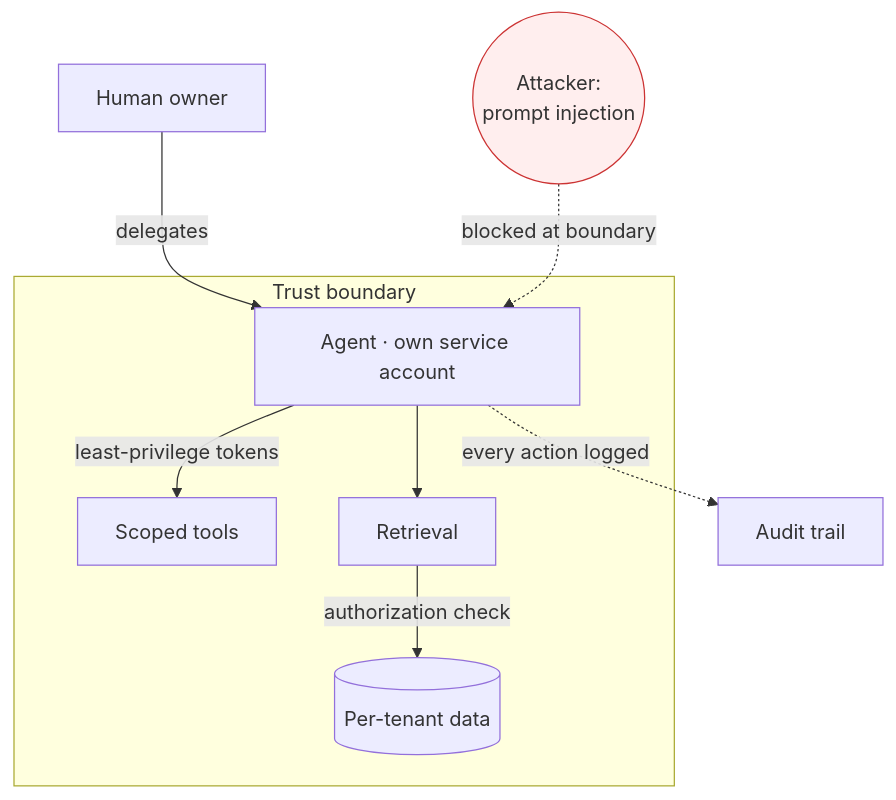
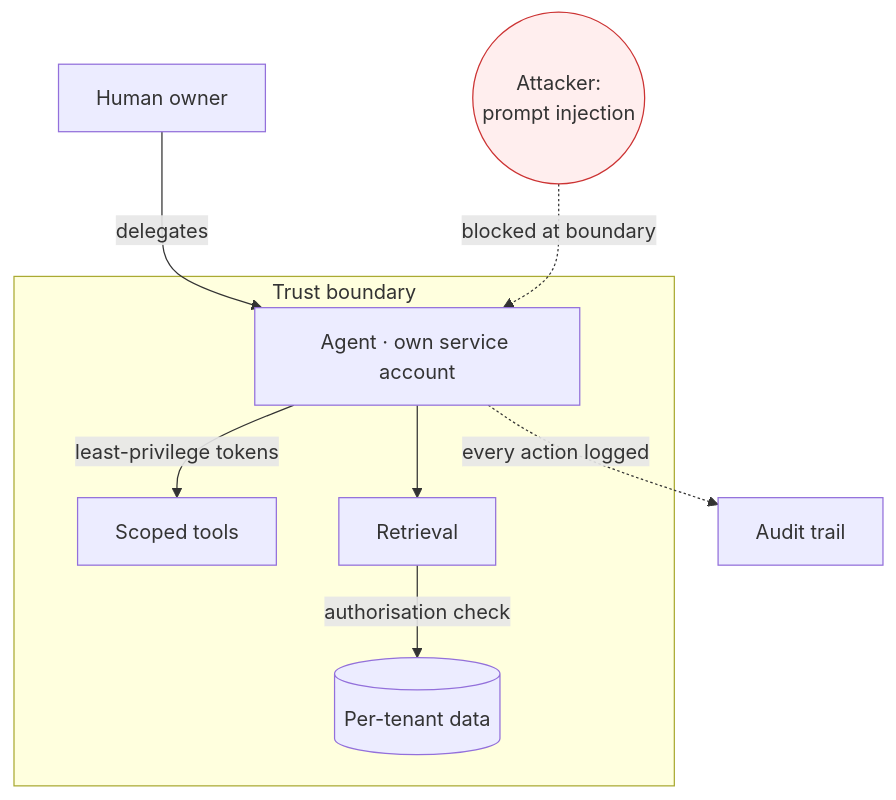
The diagram in book/05-governance.md (ChristineTham/aidou), drawn with Mermaid before and after one commit. The commit also changed other lines of this file and 160 other files, not shown here.

````diff
--- a/book/05-governance.md
+++ b/book/05-governance.md
@@ -23,13 +168,13 @@
 ```mermaid
 flowchart TB
     U[Human owner] -->|delegates| A
     subgraph TB [Trust boundary]
       A["Agent · own service account"] -->|least-privilege tokens| T[Scoped tools]
       A --> R[Retrieval]
-      R -->|authorization check| D[(Per-tenant data)]
+      R -->|authorisation check| D[(Per-tenant data)]
     end
     A -.->|every action logged| L[Audit trail]
     X(("Attacker:<br/>prompt injection")) -.->|blocked at boundary| A
     classDef danger fill:#fee,stroke:#c33
     class X danger
 ```
````
